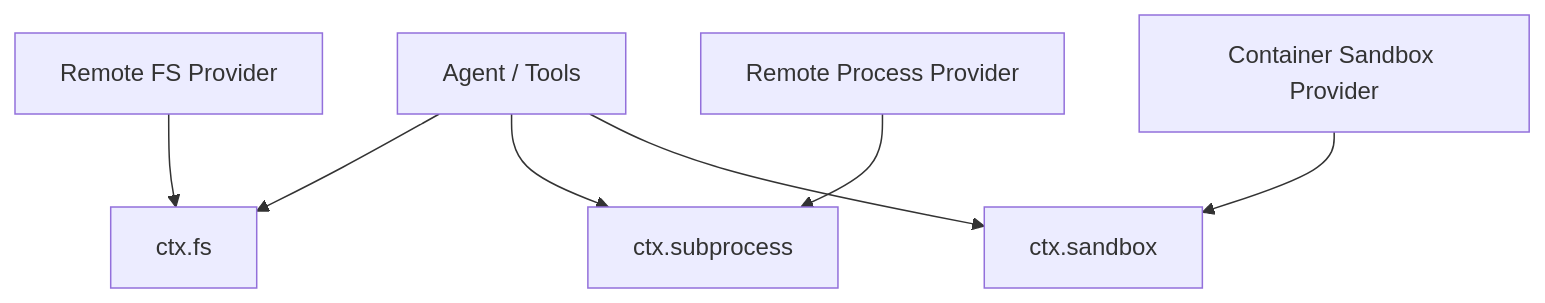
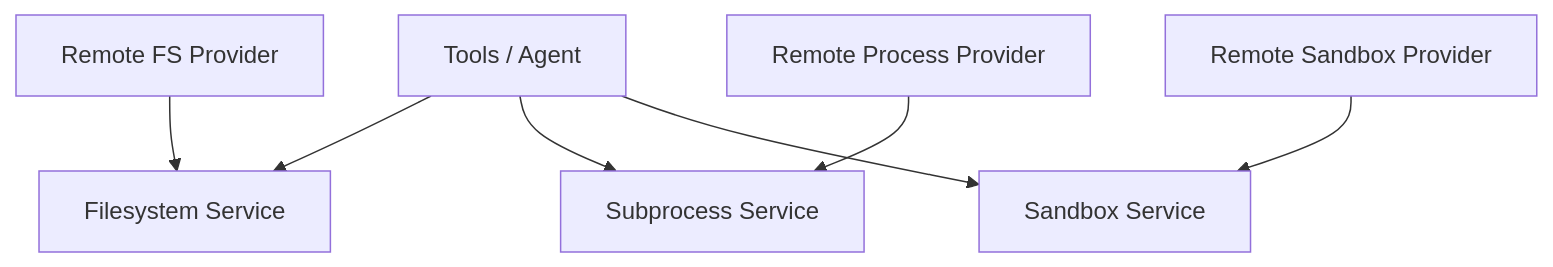
The fifth of 5 diagrams in docs/deepseek/code-mode-and-plugins.md (indigofeather/harness-book), drawn with Mermaid before and after one commit. The commit also changed other lines of this file and 48 other files, not shown here.

````diff
--- a/docs/deepseek/code-mode-and-plugins.md
+++ b/docs/deepseek/code-mode-and-plugins.md
@@ -248,11 +168,10 @@
 ```mermaid
 flowchart TB
-  A[Agent / Tools]
-  A --> FS[ctx.fs]
-  A --> SP[ctx.subprocess]
-  A --> SB[ctx.sandbox]
-
+  A[Tools / Agent]
+  A --> FS[Filesystem Service]
+  A --> SP[Subprocess Service]
+  A --> SB[Sandbox Service]
   RFS[Remote FS Provider] --> FS
   RSP[Remote Process Provider] --> SP
-  RSB[Container Sandbox Provider] --> SB
+  RSB[Remote Sandbox Provider] --> SB
 ```
````
